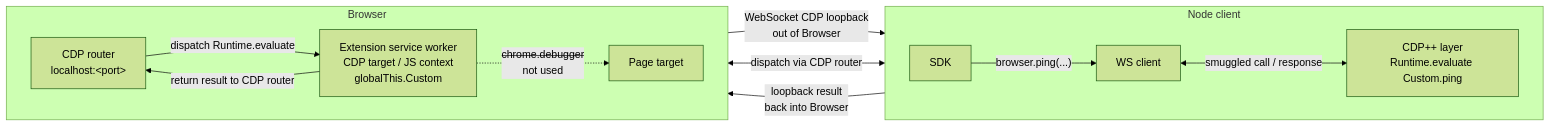
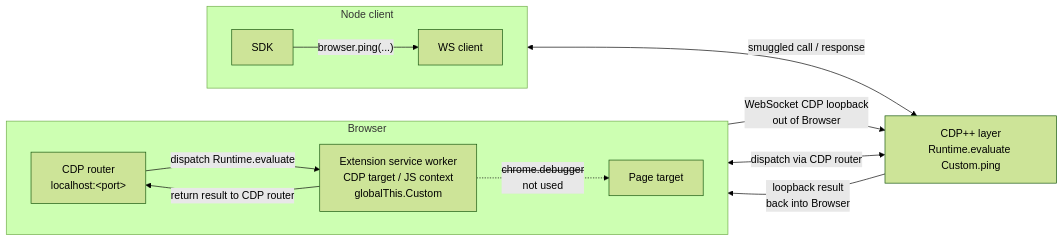
Before and after one commit to pirate/chrome-cdp-extension-bridge: the third of 4 diagrams in README.md, drawn with Mermaid (forest theme). The commit also changed other lines of this file, not shown here.

Commit message:
Move smuggled layer outside node diagrams

````diff
--- a/README.md
+++ b/README.md
@@ -102,25 +102,26 @@
 ```mermaid
 flowchart LR
   subgraph Node["Node client"]
     direction LR
     SDK["SDK"]
     WS["WS client"]
-    Smuggle["CDP++ layer<br/>Runtime.evaluate Custom.ping"]
     SDK -->|"browser.ping(...)"| WS
-    WS <-->|"smuggled call / response"| Smuggle
   end
 
   subgraph Browser["Browser"]
     direction LR
     CDP["CDP router<br/>localhost:&lt;port&gt;"]
     SW["Extension service worker<br/>CDP target / JS context<br/>globalThis.Custom"]
     Page["Page target"]
     CDP -->|"dispatch Runtime.evaluate"| SW
     SW -. "<s>chrome.debugger</s><br/>not used" .-> Page
   end
 
+  Smuggle["CDP++ layer<br/>Runtime.evaluate Custom.ping"]
+
+  WS <-->|"smuggled call / response"| Smuggle
   Smuggle <-->|"dispatch via CDP router"| CDP
   SW -->|"WebSocket CDP loopback<br/>out of Browser"| Smuggle
   Smuggle -->|"loopback result<br/>back into Browser"| SW
   SW -->|"return result to CDP router"| CDP
 ```
````
